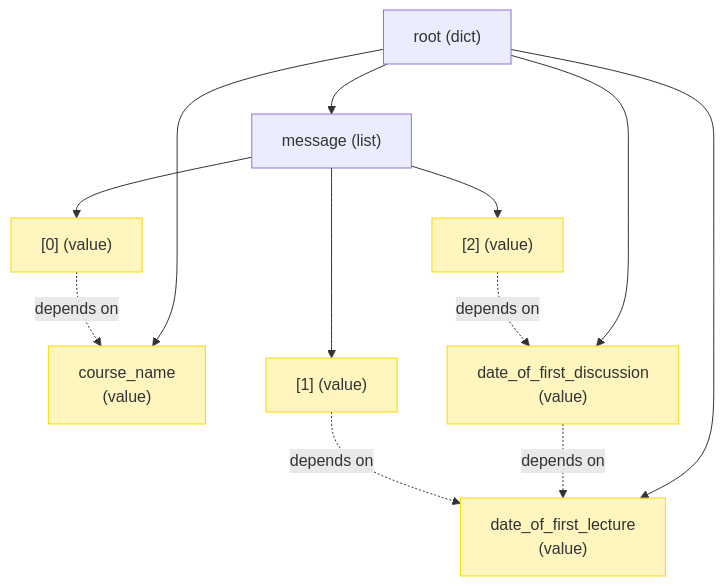
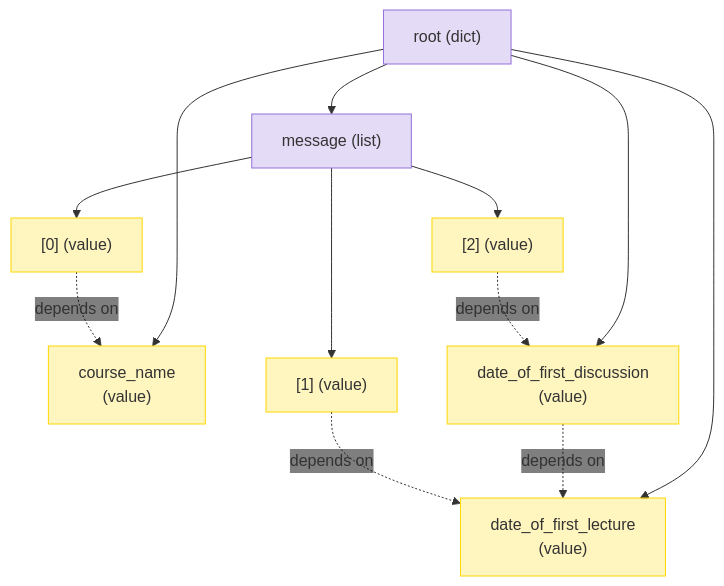
The diagram in docs/source/resolution_in_detail.rst (eldridgejm/smartconfig), drawn with Mermaid before and after one commit. The commit also changed 24 other files, not shown here.

First line of the commit message:
Feature: Introduce Prototypes for class-based configuration schemas

```diff
--- a/docs/source/resolution_in_detail.rst
+++ b/docs/source/resolution_in_detail.rst
@@ -36,31 +36,34 @@
 .. mermaid::
 
+   %%{init: {'themeVariables': {'edgeLabelBackground':'rgba(0,0,0,0)'}}}%%
    flowchart TB
        root["root (dict)"]
        course_name["course_name<br/>(value)"]
        date_of_first_lecture["date_of_first_lecture<br/>(value)"]
        date_of_first_discussion["date_of_first_discussion<br/>(value)"]
        message["message (list)"]
        msg0["[0] (value)"]
        msg1["[1] (value)"]
        msg2["[2] (value)"]
 
        root --> course_name
        root --> date_of_first_lecture
        root --> date_of_first_discussion
        root --> message
        message --> msg0
        message --> msg1
        message --> msg2
 
        date_of_first_discussion -.->|depends on| date_of_first_lecture
        msg0 -.->|depends on| course_name
        msg1 -.->|depends on| date_of_first_lecture
        msg2 -.->|depends on| date_of_first_discussion
 
+       style root fill:#9370db40,stroke:#9370db
+       style message fill:#9370db40,stroke:#9370db
        style course_name fill:#ffd70040,stroke:#ffd700
        style date_of_first_lecture fill:#ffd70040,stroke:#ffd700
        style date_of_first_discussion fill:#ffd70040,stroke:#ffd700
        style msg0 fill:#ffd70040,stroke:#ffd700
        style msg1 fill:#ffd70040,stroke:#ffd700
        style msg2 fill:#ffd70040,stroke:#ffd700
```
